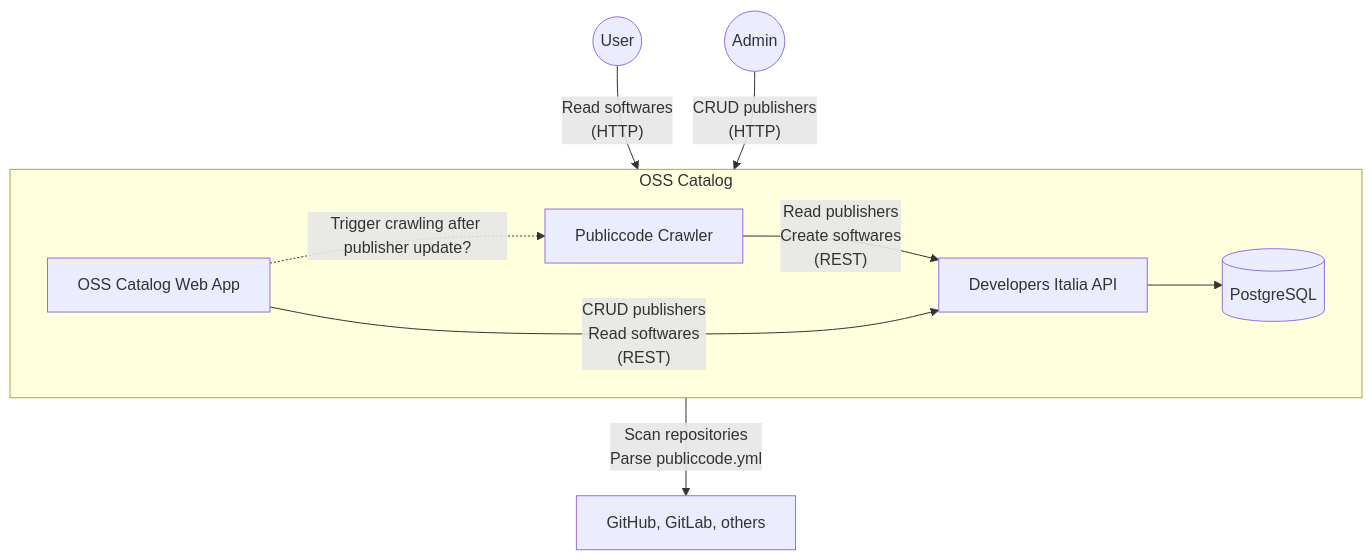
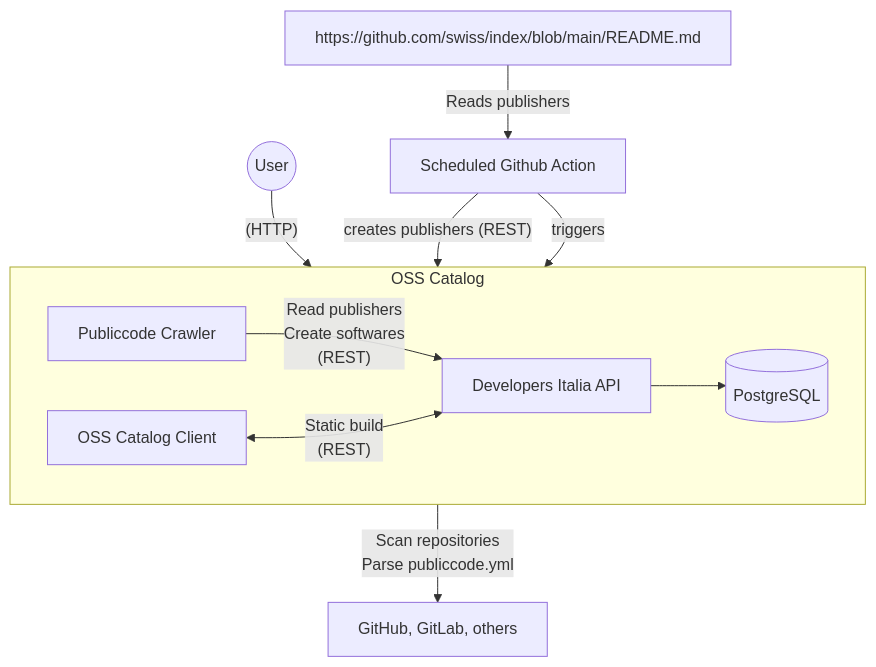
Before and after one commit to swiss/oss-catalog: the diagram in README.md, drawn with Mermaid. The commit also changed other lines of this file and 28 other files, not shown here.

Commit message:
feat: standalone build, import publishers from /swiss/index (#8)

````diff
--- a/README.md
+++ b/README.md
@@ -8,22 +8,26 @@
 ```mermaid
 flowchart TB
   subgraph OSS_CATALOG[OSS Catalog]
     direction LR
     db[(PostgreSQL)]
     api[Developers Italia API]
     crawler[Publiccode Crawler]
-    web[OSS Catalog Web App]
+    web[OSS Catalog Client]
 
     api --> db
     crawler -- "Read publishers<br>Create softwares<br>(REST)" --> api
-    web -- "CRUD publishers<br>Read softwares<br>(REST)" --> api
-    web -. "Trigger crawling after publisher update?" .-> crawler
+    web <-- Static build<br>(REST) --> api
   end
 
   user((User))
-  admin((Admin))
   github[GitHub, GitLab, others]
-  user -- "Read softwares<br>(HTTP)" --> web
+  action[Scheduled Github Action]
+  swissindex[https://github.com/swiss/index/blob/main/README.md]
+  user -- "(HTTP)" --> web
   crawler -- "Scan repositories<br>Parse publiccode.yml" --> github
-  admin -- "CRUD publishers<br>(HTTP)" --> web
+
+  swissindex -- Reads publishers --> action
+  action -- creates publishers (REST) --> api
+  action -- triggers--> crawler
+
 ```
````
